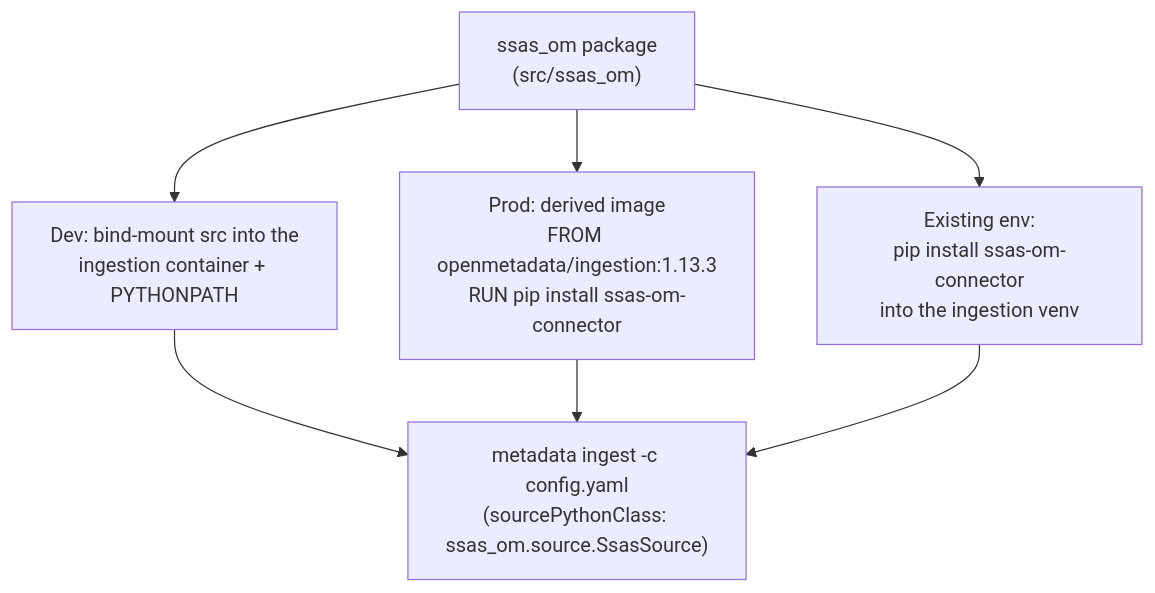
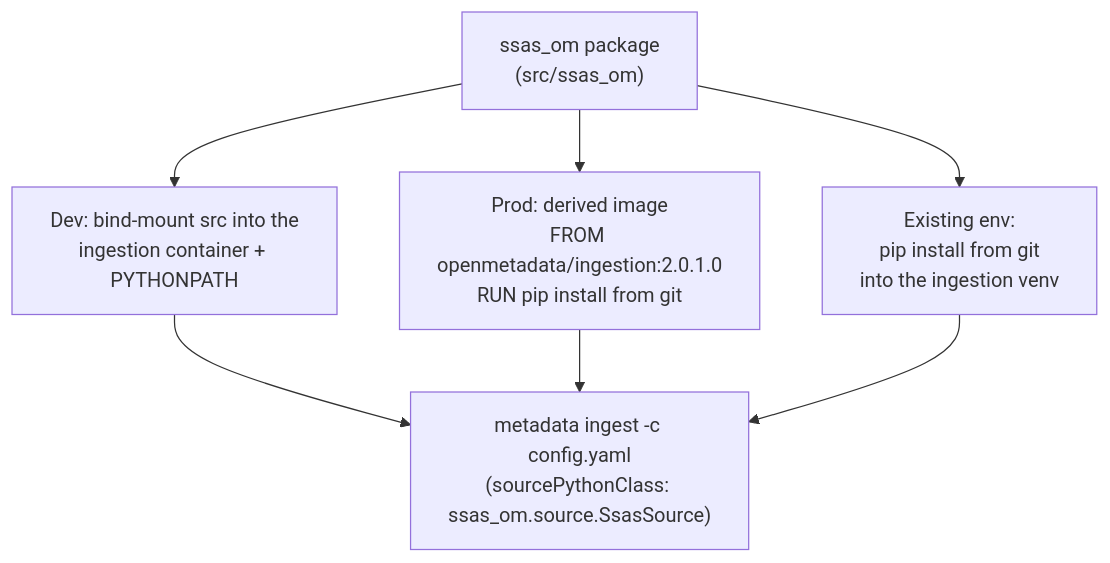
The third of 3 diagrams in README.md (oluies/ssas-openmetadata-connector), drawn with Mermaid before and after one commit. The commit also changed other lines of this file and 2 other files, not shown here.

````diff
--- a/README.md
+++ b/README.md
@@ -101,13 +101,13 @@
 ```mermaid
 flowchart TD
     pkg["ssas_om package\n(src/ssas_om)"]
     A["Dev: bind-mount src into the\ningestion container + PYTHONPATH"]
-    B["Prod: derived image\nFROM openmetadata/ingestion:1.13.3\nRUN pip install ssas-om-connector"]
-    C["Existing env:\npip install ssas-om-connector\ninto the ingestion venv"]
+    B["Prod: derived image\nFROM openmetadata/ingestion:2.0.1.0\nRUN pip install from git"]
+    C["Existing env:\npip install from git\ninto the ingestion venv"]
     pkg --> A
     pkg --> B
     pkg --> C
     A --> run["metadata ingest -c config.yaml\n(sourcePythonClass: ssas_om.source.SsasSource)"]
     B --> run
     C --> run
 ```
````
